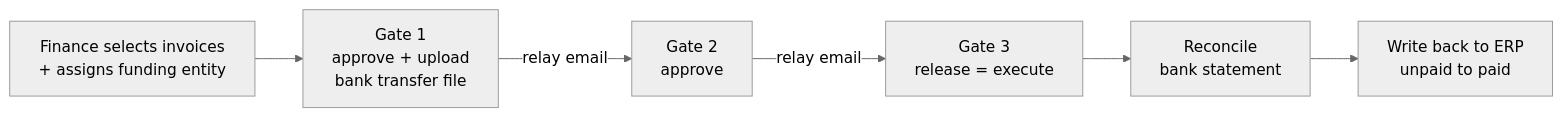
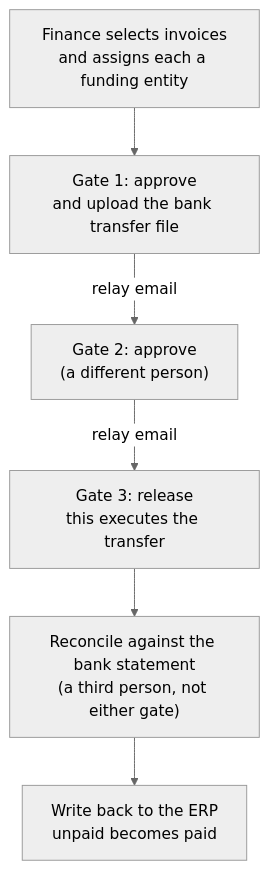
Before and after one commit to robiriu/robiriu.github.io: the third of 3 diagrams in docs/projects/erp-automation-platform.md, drawn with Mermaid (neutral theme). The commit also changed other lines of this file and 1 other file, not shown here.

````diff
--- a/docs/projects/erp-automation-platform.md
+++ b/docs/projects/erp-automation-platform.md
@@ -186,8 +179,9 @@
 ```mermaid
-flowchart LR
-    S["Finance selects invoices<br/>+ assigns funding entity"] --> G1["Gate 1<br/>approve + upload<br/>bank transfer file"]
-    G1 -->|"relay email"| G2["Gate 2<br/>approve"]
-    G2 -->|"relay email"| G3["Gate 3<br/>release = execute"]
-    G3 --> R["Reconcile<br/>bank statement"]
-    R --> W["Write back to ERP<br/>unpaid to paid"]
+flowchart TB
+    S["Finance selects invoices<br/>and assigns each a funding entity"]
+    S --> G1["Gate 1: approve<br/>and upload the bank transfer file"]
+    G1 -->|"relay email"| G2["Gate 2: approve<br/>(a different person)"]
+    G2 -->|"relay email"| G3["Gate 3: release<br/>this executes the transfer"]
+    G3 --> R["Reconcile against the bank statement<br/>(a third person, not either gate)"]
+    R --> W["Write back to the ERP<br/>unpaid becomes paid"]
 ```
````
